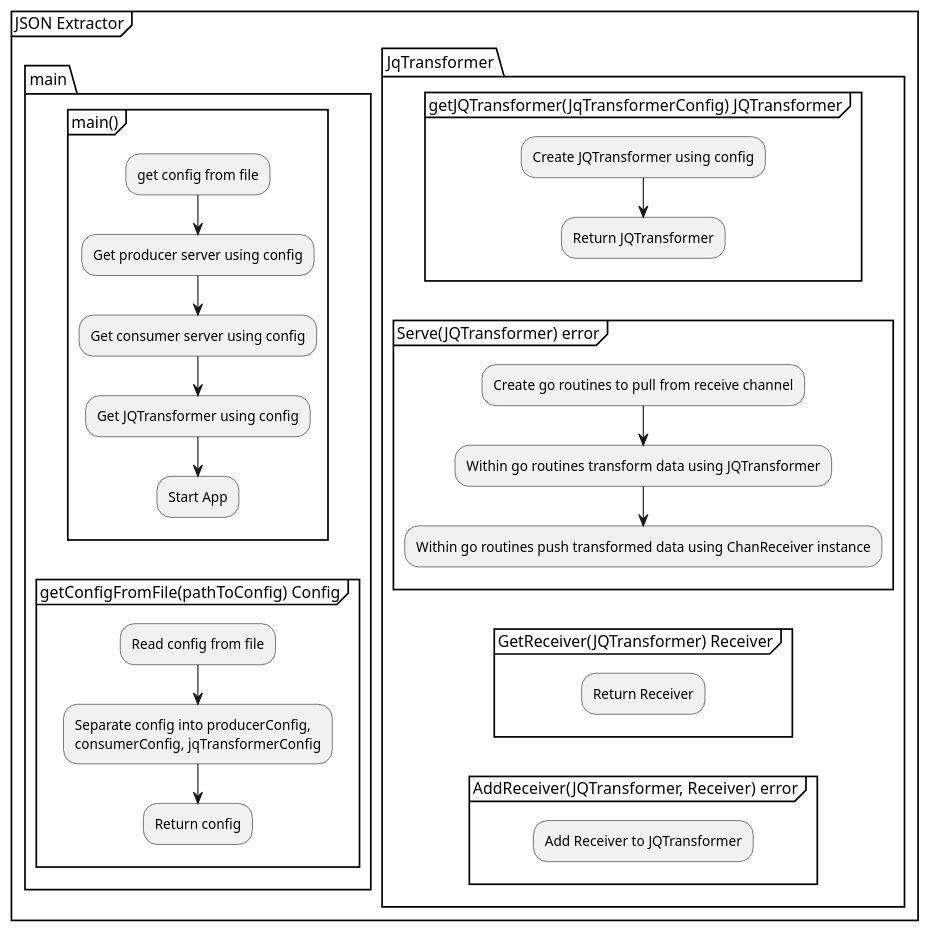
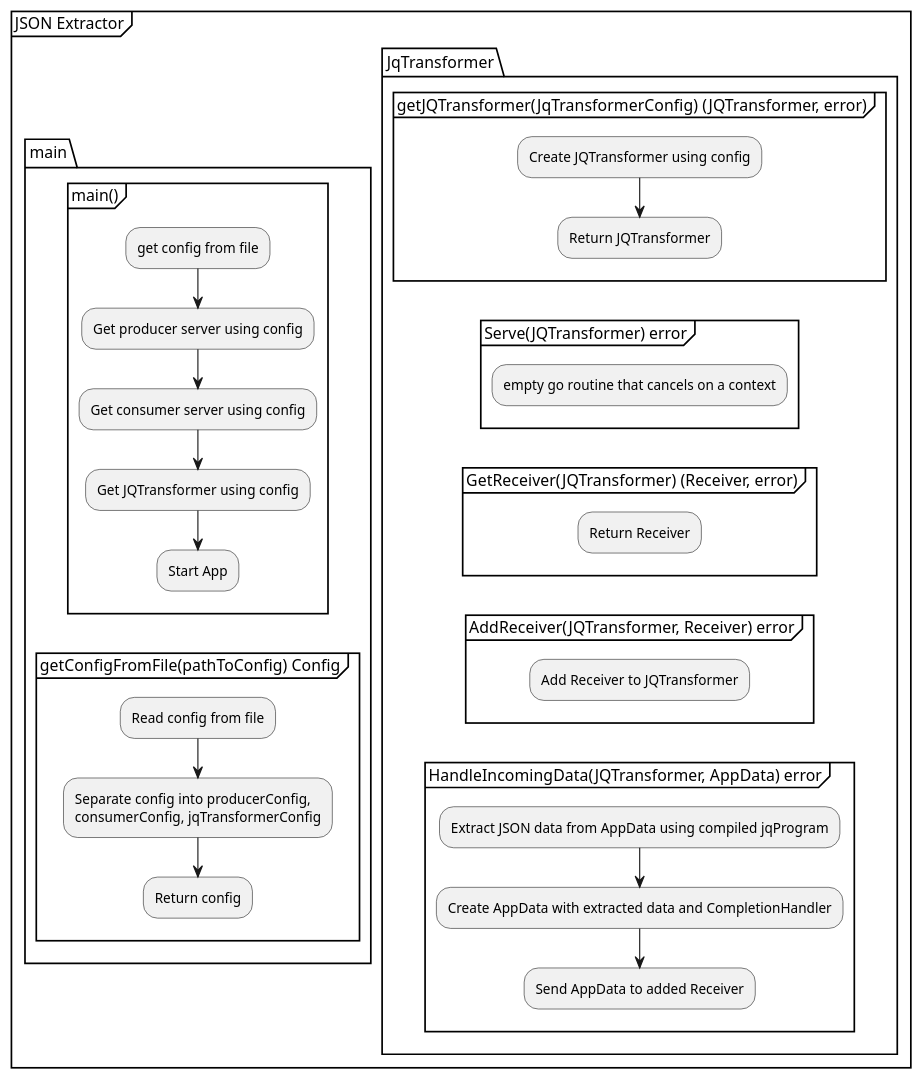
Before and after one commit to xtuml/otel2pv: the diagram in docs/design_notes/DN1_JSON_Extractor/implementation_JSON_extractor.puml, drawn with PlantUML. The commit also changed 6 other files, not shown here.

```diff
--- a/docs/design_notes/DN1_JSON_Extractor/implementation_JSON_extractor.puml
+++ b/docs/design_notes/DN1_JSON_Extractor/implementation_JSON_extractor.puml
@@ -1,46 +1,50 @@
 @startuml
     partition JSON Extractor {
         split
         -[hidden]->
         package main {
             group main() {
                 :get config from file;
                 :Get producer server using config;
                 :Get consumer server using config;
                 :Get JQTransformer using config;
                 :Start App;
                 detach
             }
             group getConfigFromFile(pathToConfig) Config {
                 :Read config from file;
                 :Separate config into producerConfig,\nconsumerConfig, jqTransformerConfig;
                 :Return config;
                 detach
             }
         }
         split again
         -[hidden]->
         package JqTransformer {
-            group getJQTransformer(JqTransformerConfig) JQTransformer {
+            group getJQTransformer(JqTransformerConfig) (JQTransformer, error) {
                 :Create JQTransformer using config;
                 :Return JQTransformer;
                 detach
             }
             group Serve(JQTransformer) error {
-                :Create go routines to pull from receive channel;
-                :Within go routines transform data using JQTransformer;
-                :Within go routines push transformed data using ChanReceiver instance;
+                :empty go routine that cancels on a context;
                 detach
             }
-            group GetReceiver(JQTransformer) Receiver {
+            group GetReceiver(JQTransformer) (Receiver, error) {
                 :Return Receiver;
                 detach
             }
             group AddReceiver(JQTransformer, Receiver) error {
                 :Add Receiver to JQTransformer;
                 detach
             }
+            group HandleIncomingData(JQTransformer, AppData) error {
+                :Extract JSON data from AppData using compiled jqProgram;
+                :Create AppData with extracted data and CompletionHandler;
+                :Send AppData to added Receiver;
+                detach
+            }
         }
         end split
     }
 @enduml
```
